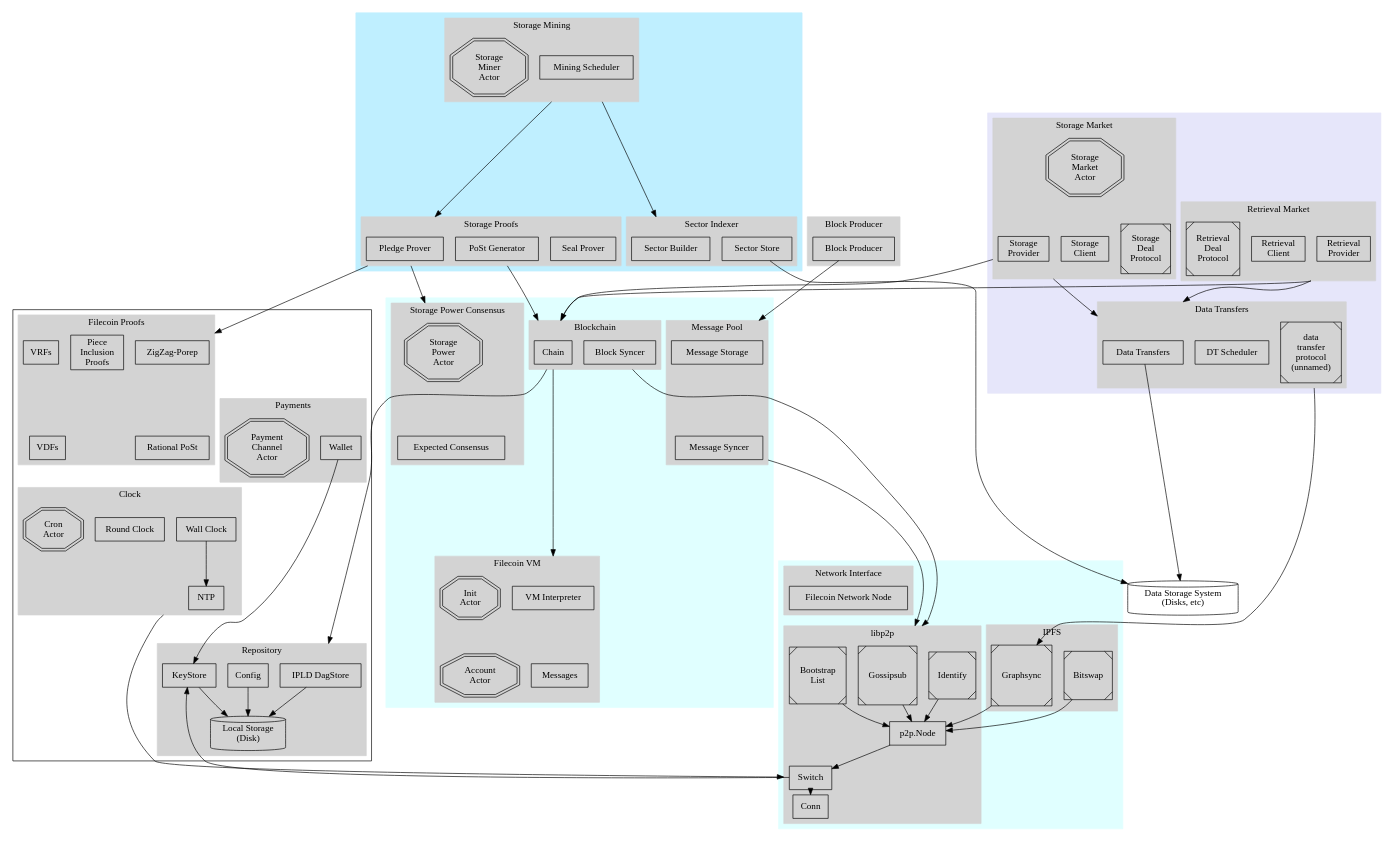
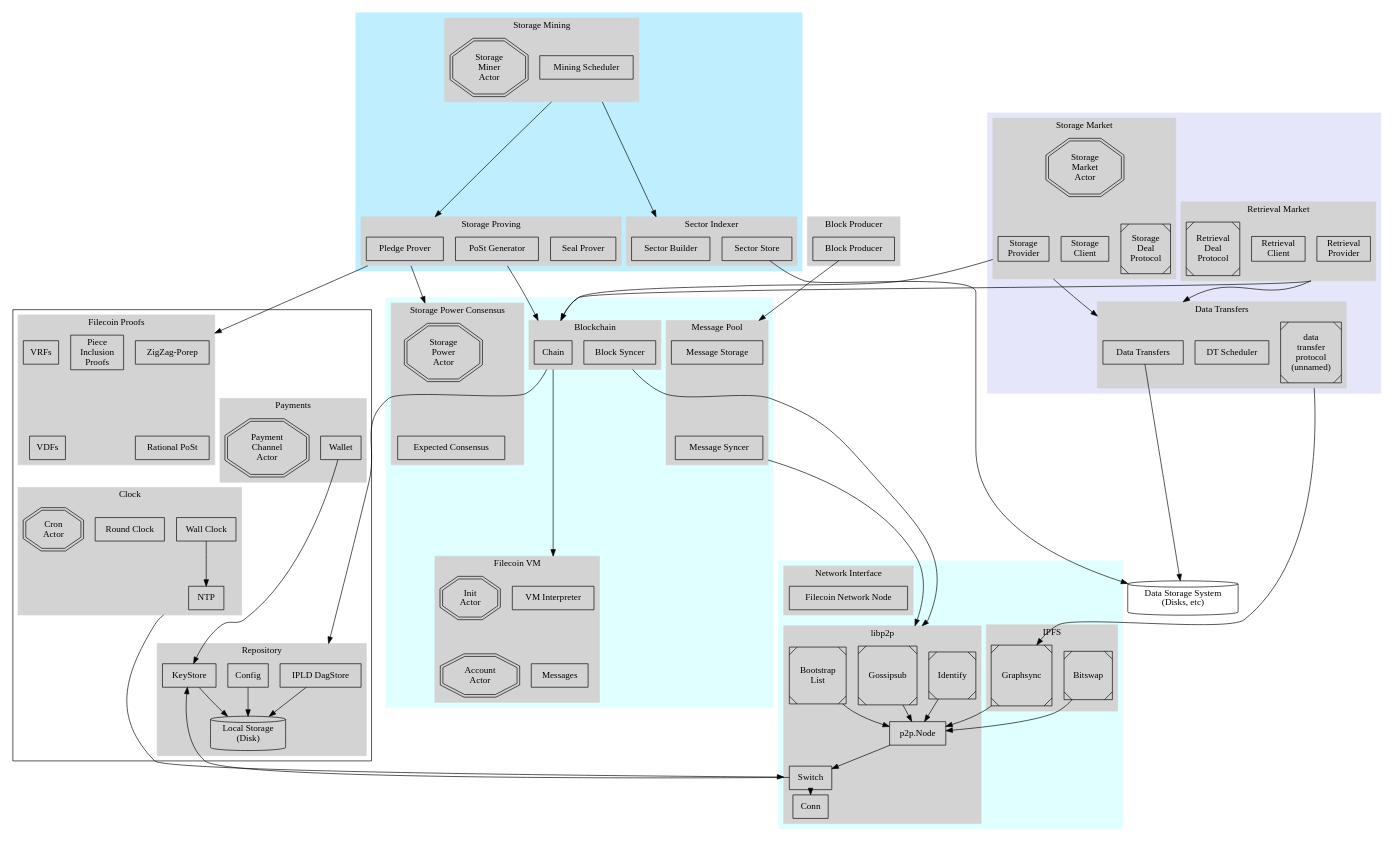
The diagram in diagrams/overview1/overview.dot (filecoin-project/specs), drawn with Graphviz before and after one commit.

Commit message:
Rename Storage Proofs to Storage Proving.

```diff
--- a/diagrams/overview1/overview.dot
+++ b/diagrams/overview1/overview.dot
@@ -190,14 +190,14 @@
       }
       // "Disks" [shape=cylinder, label="Data Storage System\n(Disks, etc)"]
 
-      "Sector Store"
-      "Sector Builder"
+      // "Sector Store"
+      // "Sector Builder"
     }
 
     subgraph cluster_filproofs_subsystem {
       style=filled
       color=lightgrey
-      label = "Storage Proofs"
+      label = "Storage Proving"
 
       { // components
         node [shape=box]
```
